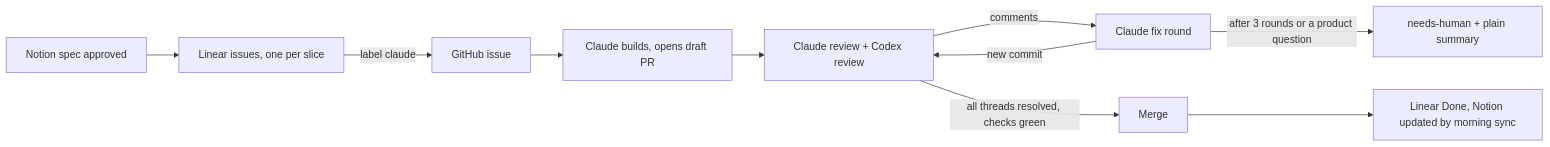
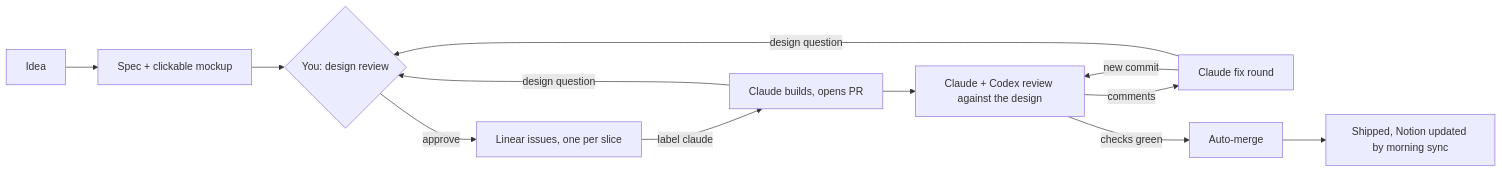
The diagram in README.md (HubGiThang/idea-to-pr-loop), drawn with Mermaid before and after one commit. The commit also changed other lines of this file and 14 other files, not shown here.

First line of the commit message:
Add the design review step and auto-merge to the loop (#1)

````diff
--- a/README.md
+++ b/README.md
@@ -9,12 +9,14 @@
 ```mermaid
 flowchart LR
-  A[Notion spec approved] --> B[Linear issues, one per slice]
-  B -- label claude --> C[GitHub issue]
-  C --> D[Claude builds, opens draft PR]
-  D --> E[Claude review + Codex review]
-  E -- comments --> F[Claude fix round]
-  F -- new commit --> E
-  F -- after 3 rounds or a product question --> H[needs-human + plain summary]
-  E -- all threads resolved, checks green --> G[Merge]
-  G --> I[Linear Done, Notion updated by morning sync]
+  A[Idea] --> B[Spec + clickable mockup]
+  B --> C{You: design review}
+  C -- approve --> D[Linear issues, one per slice]
+  D -- label claude --> E[Claude builds, opens PR]
+  E --> F[Claude + Codex review against the design]
+  F -- comments --> G[Claude fix round]
+  G -- new commit --> F
+  F -- checks green --> H[Auto-merge]
+  H --> I[Shipped, Notion updated by morning sync]
+  G -- design question --> C
+  E -- design question --> C
 ```
````
